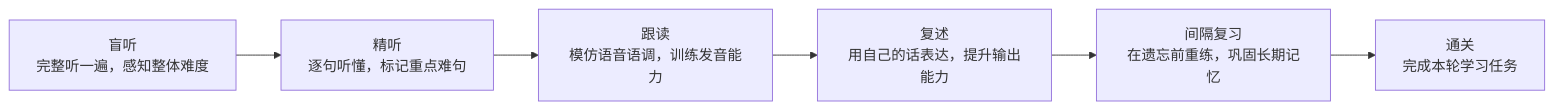
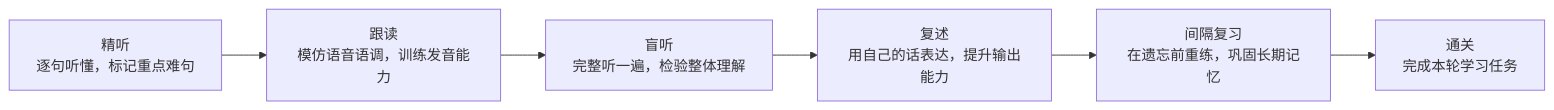
The diagram in README.md (CrazyForks/Echo-Loop), drawn with Mermaid before and after one commit. The commit also changed other lines of this file and 2 other files, not shown here.

````diff
--- a/README.md
+++ b/README.md
@@ -134,8 +134,8 @@
 ```mermaid
 flowchart LR
-  A[盲听<br/>完整听一遍，感知整体难度] --> B[精听<br/>逐句听懂，标记重点难句]
-  B --> C[跟读<br/>模仿语音语调，训练发音能力]
+  A[精听<br/>逐句听懂，标记重点难句] --> B[跟读<br/>模仿语音语调，训练发音能力]
+  B --> C[盲听<br/>完整听一遍，检验整体理解]
   C --> D[复述<br/>用自己的话表达，提升输出能力]
   D --> E[间隔复习<br/>在遗忘前重练，巩固长期记忆]
   E --> F[通关<br/>完成本轮学习任务]
 ```
````
